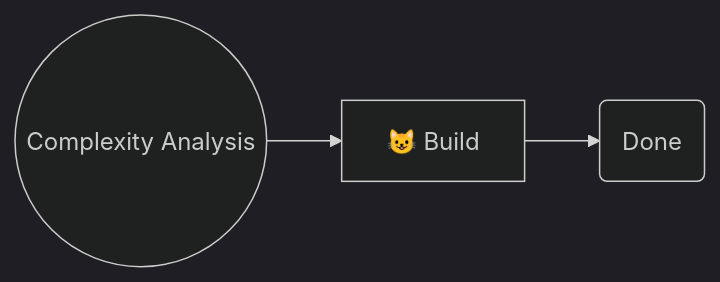
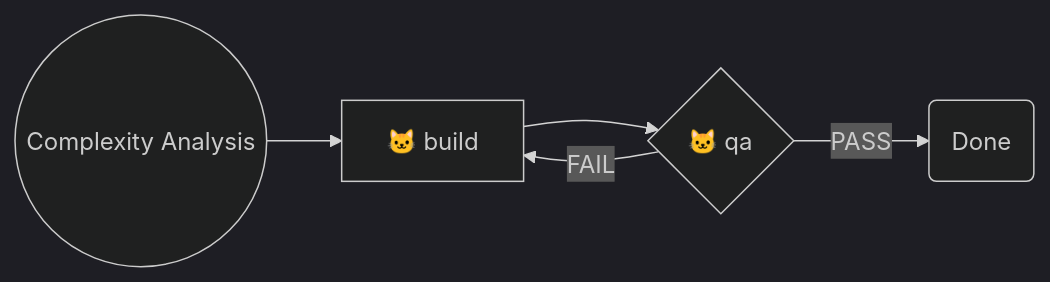
The diagram in rulesets/niko2/niko/level1/level1-workflow.mdc (Texarkanine/.cursor-rules), drawn with Mermaid (dark theme) before and after one commit. The commit also changed other lines of this file and 7 other files, not shown here.

````diff
--- a/rulesets/niko2/niko/level1/level1-workflow.mdc
+++ b/rulesets/niko2/niko/level1/level1-workflow.mdc
@@ -10,4 +11,7 @@
 ```mermaid
 graph LR
-    Niko(("Complexity Analysis")) --> Build["😺 Build"] --> Done("Done")
+    Start(("Complexity Analysis")) --> NikoBuild["🐱 build"]
+    NikoBuild --> NikoQA{"🐱 qa"}
+    NikoQA -->|"PASS"| Done("Done")
+    NikoQA -->|"FAIL"| NikoBuild
 ```
````
